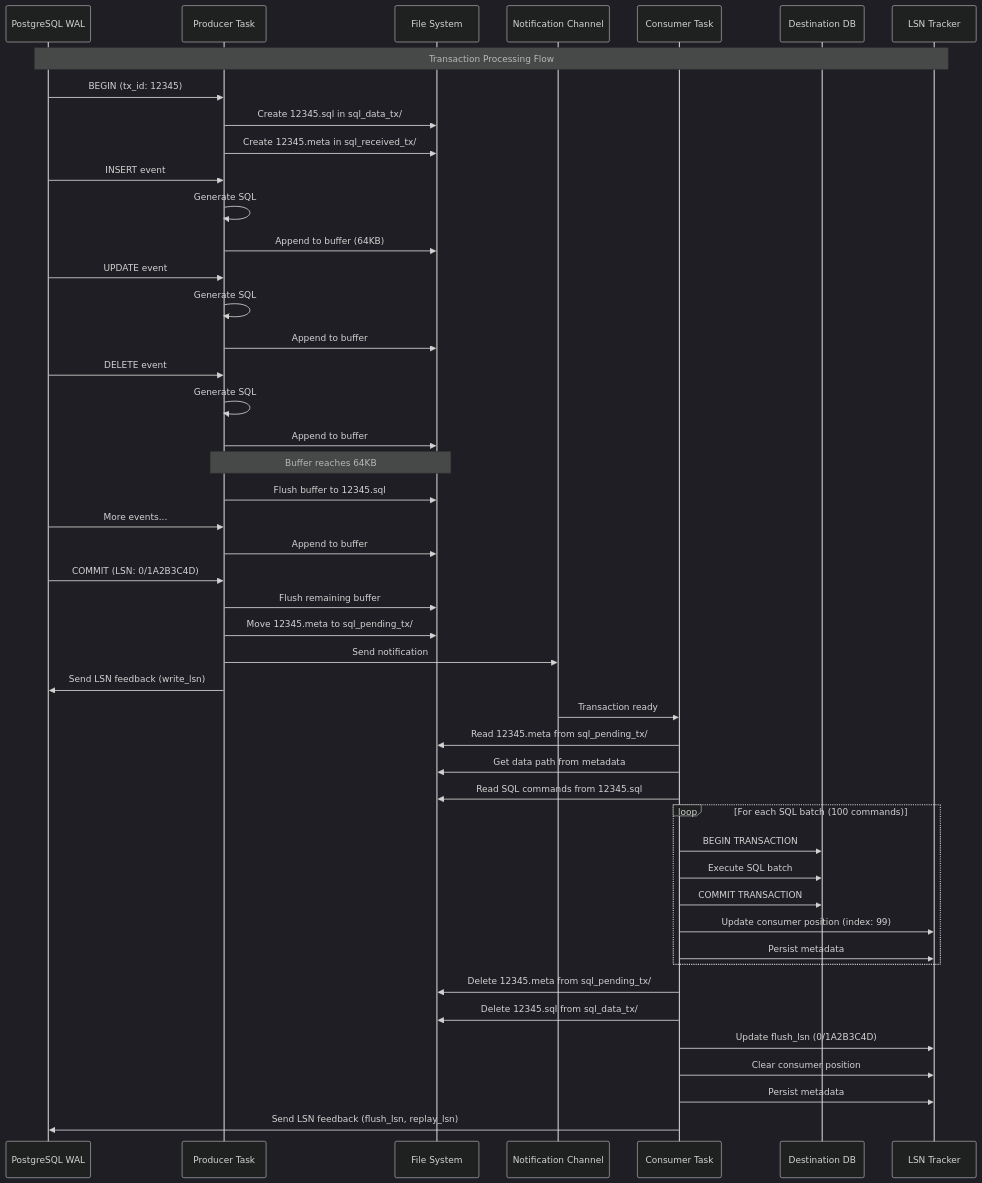
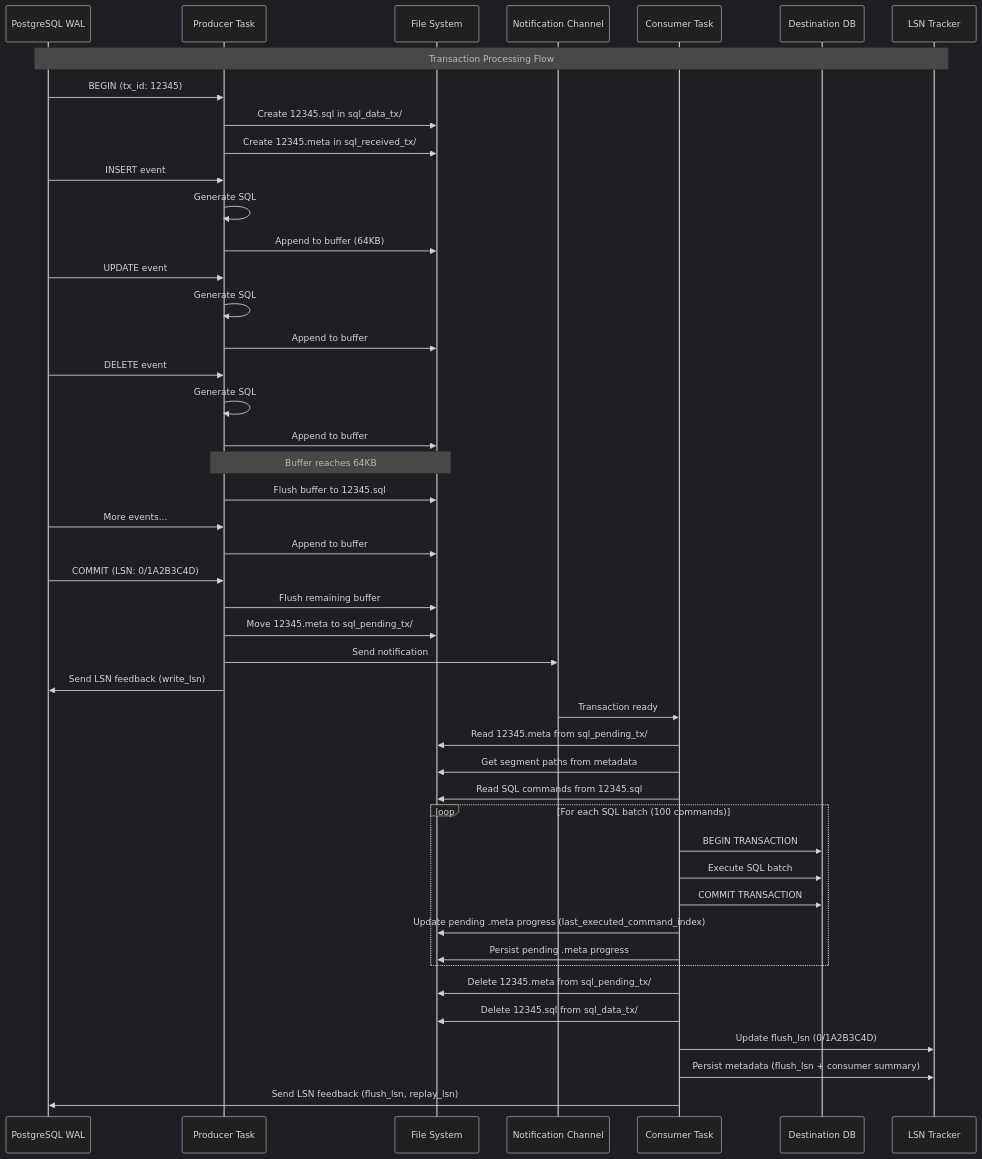
Before and after one commit to isdaniel/pg2any: the first of 2 diagrams in README.md, drawn with Mermaid (dark theme). The commit also changed other lines of this file and 8 other files, not shown here.

````diff
--- a/README.md
+++ b/README.md
@@ -210,60 +210,59 @@
 ```mermaid
 sequenceDiagram
     participant PG as PostgreSQL WAL
     participant Producer as Producer Task
     participant FS as File System
     participant Channel as Notification Channel
     participant Consumer as Consumer Task
     participant Dest as Destination DB
     participant LSN as LSN Tracker
 
     Note over PG,LSN: Transaction Processing Flow
     
     PG->>Producer: BEGIN (tx_id: 12345)
     Producer->>FS: Create 12345.sql in sql_data_tx/
     Producer->>FS: Create 12345.meta in sql_received_tx/
     
     PG->>Producer: INSERT event
     Producer->>Producer: Generate SQL
     Producer->>FS: Append to buffer (64KB)
     
     PG->>Producer: UPDATE event
     Producer->>Producer: Generate SQL
     Producer->>FS: Append to buffer
     
     PG->>Producer: DELETE event
     Producer->>Producer: Generate SQL
     Producer->>FS: Append to buffer
     
     Note over Producer,FS: Buffer reaches 64KB
     Producer->>FS: Flush buffer to 12345.sql
     
     PG->>Producer: More events...
     Producer->>FS: Append to buffer
     
     PG->>Producer: COMMIT (LSN: 0/1A2B3C4D)
     Producer->>FS: Flush remaining buffer
     Producer->>FS: Move 12345.meta to sql_pending_tx/
     Producer->>Channel: Send notification
     Producer->>PG: Send LSN feedback (write_lsn)
     
     Channel->>Consumer: Transaction ready
     Consumer->>FS: Read 12345.meta from sql_pending_tx/
-    Consumer->>FS: Get data path from metadata
+    Consumer->>FS: Get segment paths from metadata
     Consumer->>FS: Read SQL commands from 12345.sql
     
     loop For each SQL batch (100 commands)
         Consumer->>Dest: BEGIN TRANSACTION
         Consumer->>Dest: Execute SQL batch
         Consumer->>Dest: COMMIT TRANSACTION
-        Consumer->>LSN: Update consumer position (index: 99)
-        Consumer->>LSN: Persist metadata
+        Consumer->>FS: Update pending .meta progress (last_executed_command_index)
+        Consumer->>FS: Persist pending .meta progress
     end
     
     Consumer->>FS: Delete 12345.meta from sql_pending_tx/
     Consumer->>FS: Delete 12345.sql from sql_data_tx/
     Consumer->>LSN: Update flush_lsn (0/1A2B3C4D)
-    Consumer->>LSN: Clear consumer position
-    Consumer->>LSN: Persist metadata
+    Consumer->>LSN: Persist metadata (flush_lsn + consumer summary)
     Consumer->>PG: Send LSN feedback (flush_lsn, replay_lsn)
 ```
````
